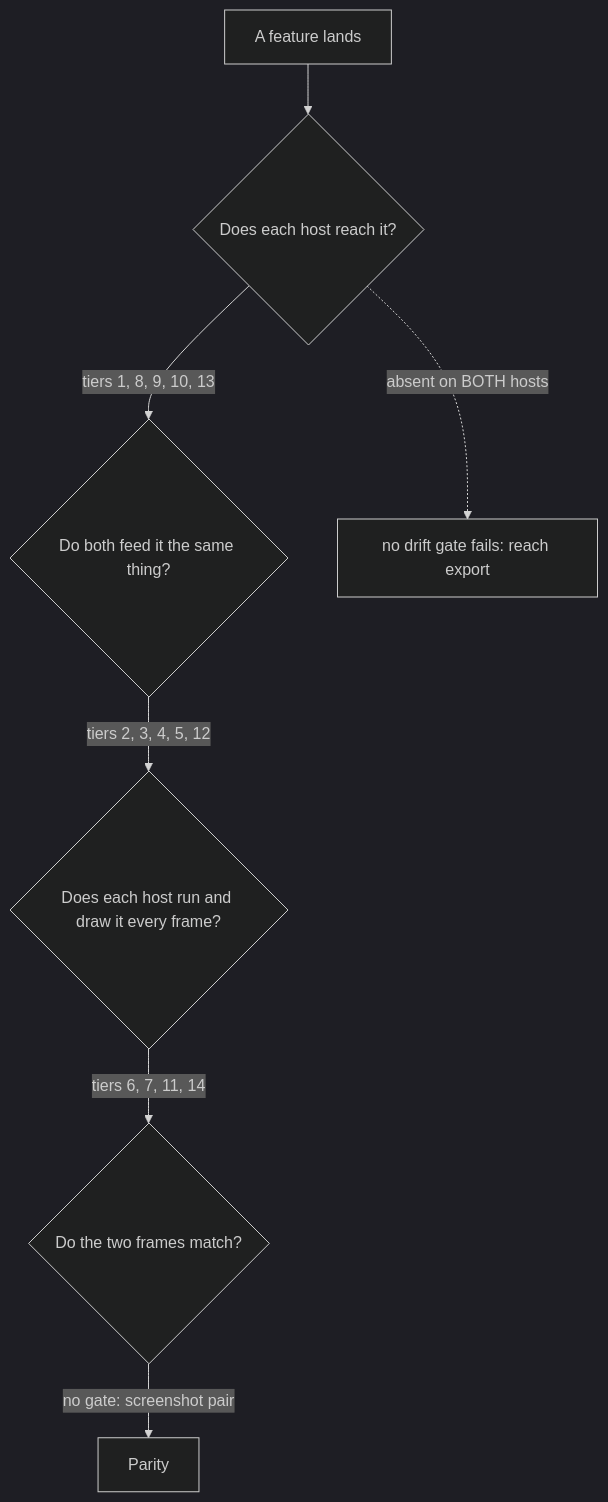
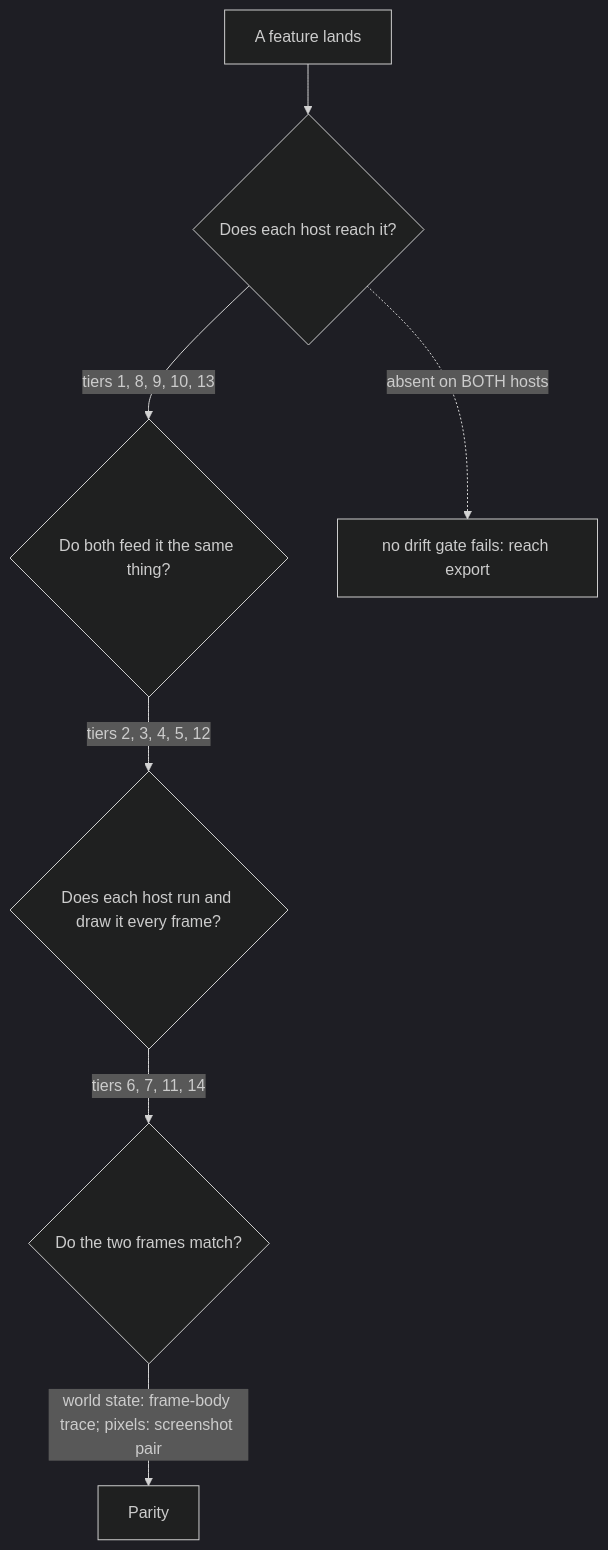
One commit to AndrewAltimit/legend-of-legaia-re changed the diagram in docs/tooling/host-drift.md. Above: the diagram before and after it, drawn with Mermaid (dark theme). The commit also changed other lines of this file and 483 other files, not shown here.

````diff
--- a/docs/tooling/host-drift.md
+++ b/docs/tooling/host-drift.md
@@ -18,9 +18,9 @@
 ```mermaid
 flowchart TD
     F["A feature lands"] --> Q1{"Does each host reach it?"}
     Q1 -->|"tiers 1, 8, 9, 10, 13"| Q2{"Do both feed it the same thing?"}
     Q2 -->|"tiers 2, 3, 4, 5, 12"| Q3{"Does each host run and draw it every frame?"}
     Q3 -->|"tiers 6, 7, 11, 14"| Q4{"Do the two frames match?"}
-    Q4 -->|"no gate: screenshot pair"| OK["Parity"]
+    Q4 -->|"world state: frame-body trace; pixels: screenshot pair"| OK["Parity"]
     Q1 -.->|"absent on BOTH hosts"| R["no drift gate fails: reach export"]
 ```
````
